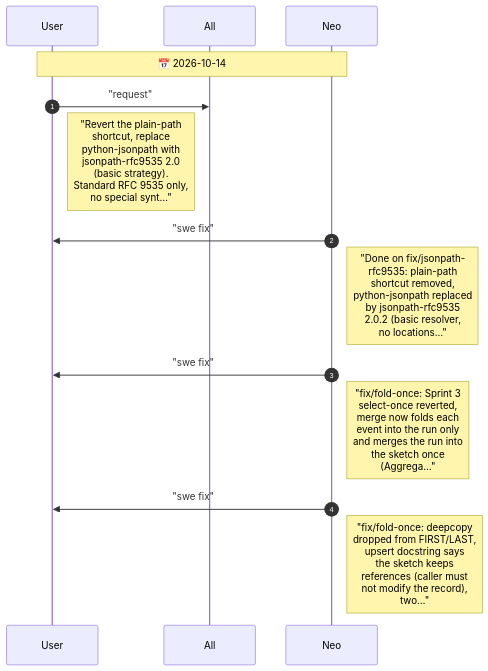
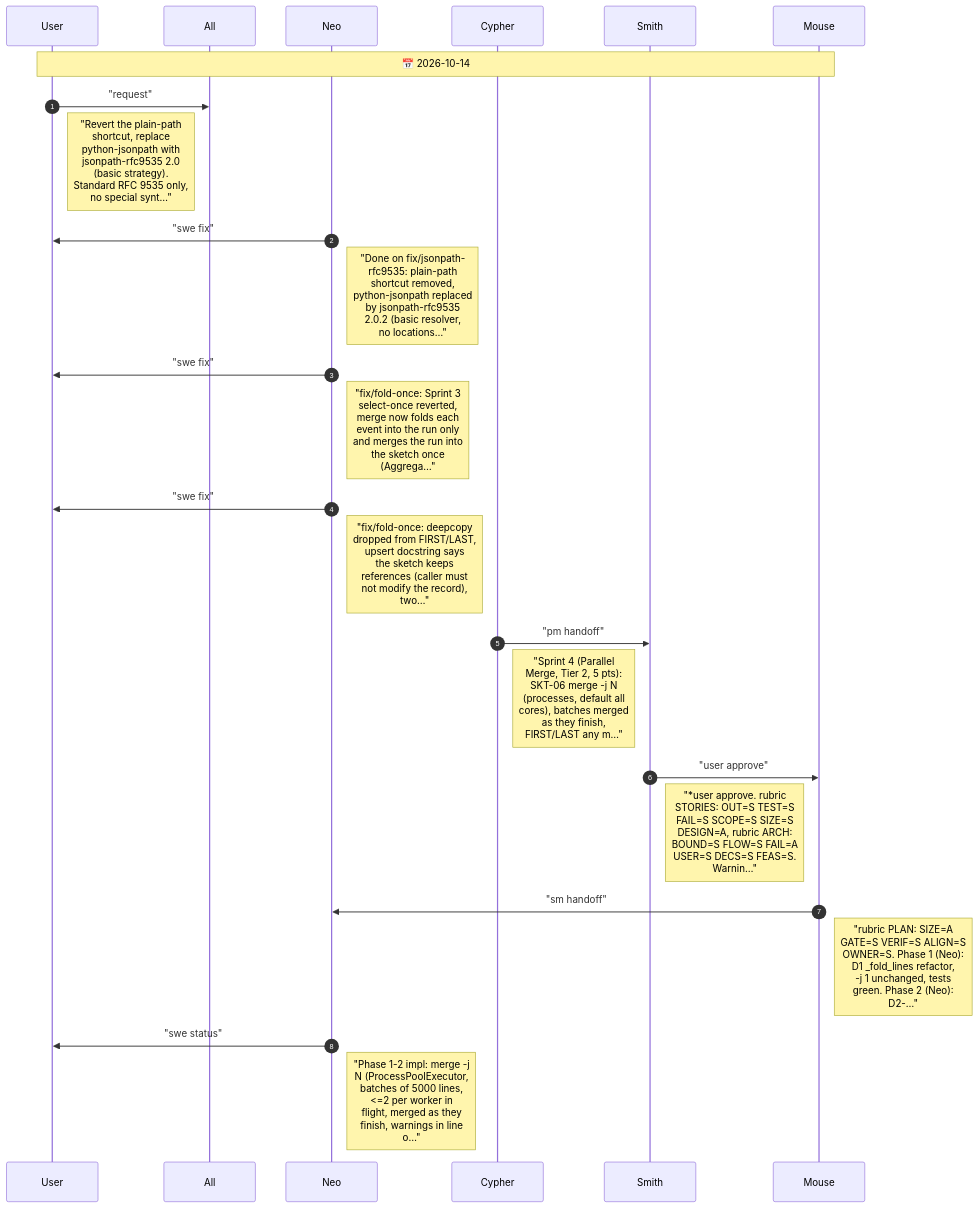
The diagram in agents/CHAT.diagram.md (drusifer/sketch-tastic), drawn with Mermaid before and after one commit. The commit also changed 5 other files, not shown here.

First line of the commit message:
feat(cli): merge -j N folds batches in worker processes

````diff
--- a/agents/CHAT.diagram.md
+++ b/agents/CHAT.diagram.md
@@ -5,17 +5,28 @@
 ```mermaid
 %%{init: {"sequence": {"messageFontSize": 14, "noteFontSize": 18, "actorFontSize": 14}}}%%
 sequenceDiagram
     autonumber
     participant User
     participant All
     participant Neo
-    Note over User,Neo: 📅 2026-10-14
+    participant Cypher
+    participant Smith
+    participant Mouse
+    Note over User,Mouse: 📅 2026-10-14
     User->>All: "request"
     Note right of User: "Revert the plain-path<br/>shortcut, replace<br/>python-jsonpath with<br/>jsonpath-rfc9535 2.0<br/>(basic strategy).<br/>Standard RFC 9535 only,<br/>no special synt…"
     Neo->>User: "swe fix"
     Note right of Neo: "Done on fix/jsonpath-<br/>rfc9535: plain-path<br/>shortcut removed,<br/>python-jsonpath replaced<br/>by jsonpath-rfc9535<br/>2.0.2 (basic resolver,<br/>no locations…"
     Neo->>User: "swe fix"
     Note right of Neo: "fix/fold-once: Sprint 3<br/>select-once reverted,<br/>merge now folds each<br/>event into the run only<br/>and merges the run into<br/>the sketch once<br/>(Aggrega…"
     Neo->>User: "swe fix"
     Note right of Neo: "fix/fold-once: deepcopy<br/>dropped from FIRST/LAST,<br/>upsert docstring says<br/>the sketch keeps<br/>references (caller must<br/>not modify the record),<br/>two…"
+    Cypher->>Smith: "pm handoff"
+    Note right of Cypher: "Sprint 4 (Parallel<br/>Merge, Tier 2, 5 pts):<br/>SKT-06 merge -j N<br/>(processes, default all<br/>cores), batches merged<br/>as they finish,<br/>FIRST/LAST any m…"
+    Smith->>Mouse: "user approve"
+    Note right of Smith: "*user approve. rubric<br/>STORIES: OUT=S TEST=S<br/>FAIL=S SCOPE=S SIZE=S<br/>DESIGN=A, rubric ARCH:<br/>BOUND=S FLOW=S FAIL=A<br/>USER=S DECS=S FEAS=S.<br/>Warnin…"
+    Mouse->>Neo: "sm handoff"
+    Note right of Mouse: "rubric PLAN: SIZE=A<br/>GATE=S VERIF=S ALIGN=S<br/>OWNER=S. Phase 1 (Neo):<br/>D1 _fold_lines refactor,<br/>-j 1 unchanged, tests<br/>green. Phase 2 (Neo):<br/>D2-…"
+    Neo->>User: "swe status"
+    Note right of Neo: "Phase 1-2 impl: merge -j<br/>N (ProcessPoolExecutor,<br/>batches of 5000 lines,<br/><=2 per worker in<br/>flight, merged as they<br/>finish, warnings in line<br/>o…"
 ```
````
